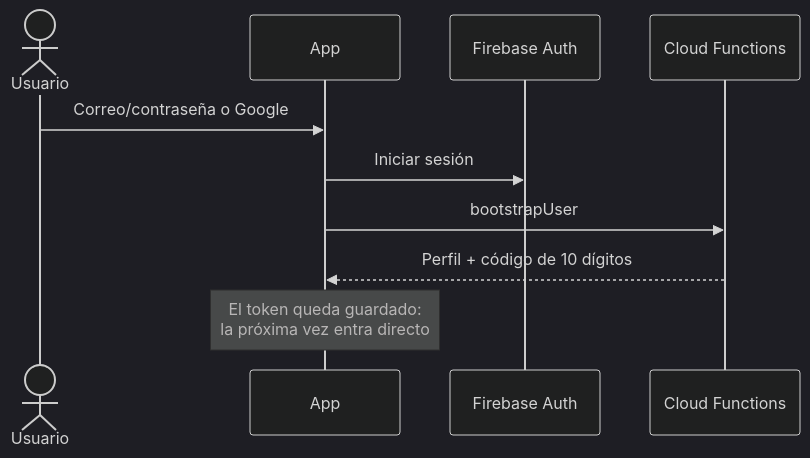
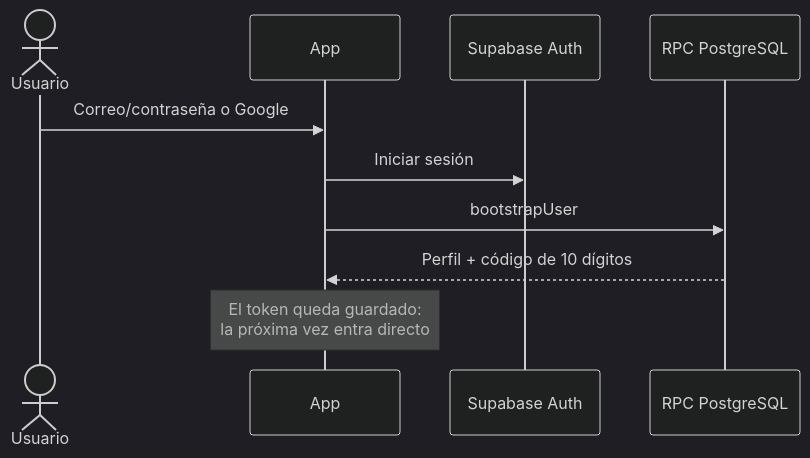
Before and after one commit to L-FER-GT/control_tienda_front: the first of 2 diagrams in docs/09-flujos-de-la-app.md, drawn with Mermaid (dark theme). The commit also changed other lines of this file and 54 other files, not shown here.

Commit message:
[develop] refactor: migracion de backend de firebase a supabase

````diff
--- a/docs/09-flujos-de-la-app.md
+++ b/docs/09-flujos-de-la-app.md
@@ -30,12 +32,12 @@
 ```mermaid
 sequenceDiagram
     actor U as Usuario
     participant App
-    participant Auth as Firebase Auth
-    participant Fn as Cloud Functions
+    participant Auth as Supabase Auth
+    participant Fn as RPC PostgreSQL
     U->>App: Correo/contraseña o Google
     App->>Auth: Iniciar sesión
     App->>Fn: bootstrapUser
     Fn-->>App: Perfil + código de 10 dígitos
     Note over App: El token queda guardado:<br/>la próxima vez entra directo
 ```
````
